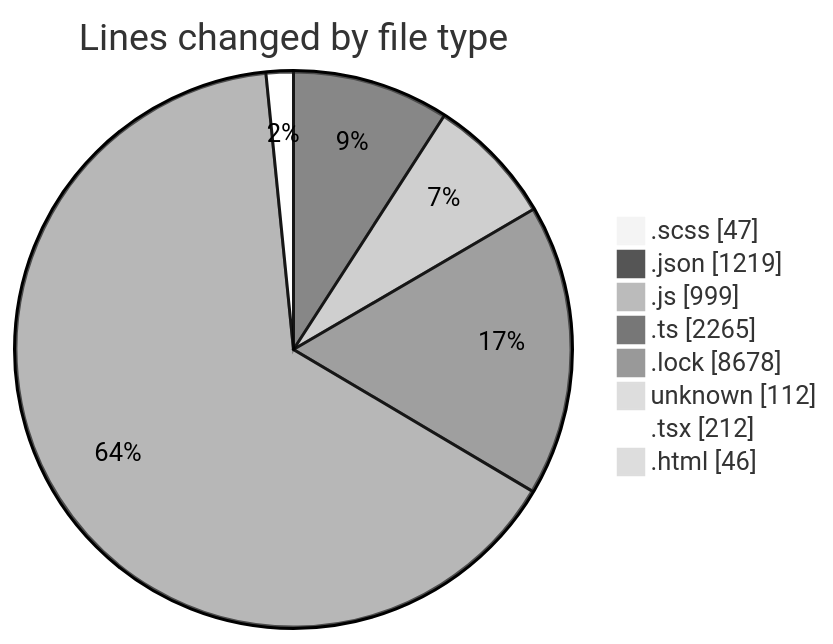
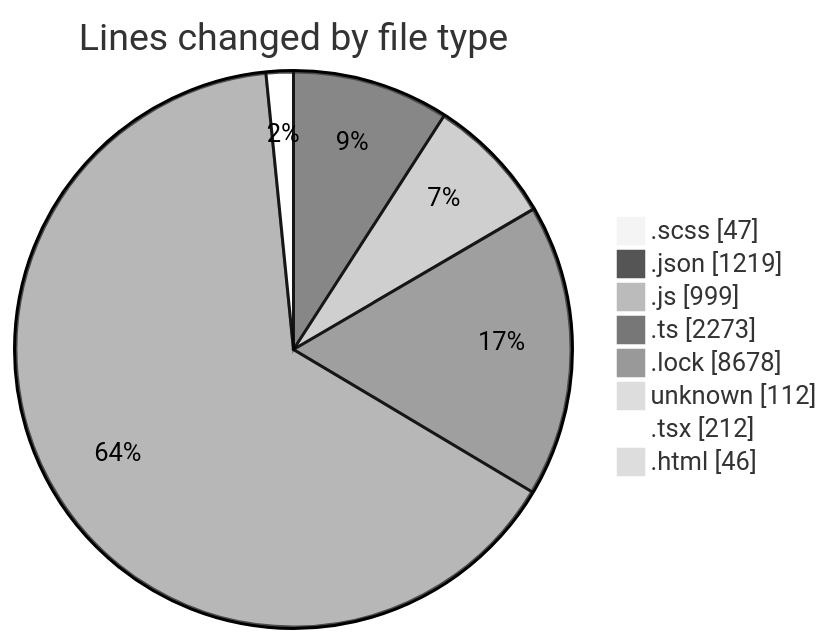
One commit to momahboobian/code-tracking changed the first of 2 diagrams in 2026-04-21/cda/README.md. Above: the diagram before and after it, drawn with Mermaid (neutral theme). The commit also changed other lines of this file and 1 other file, not shown here.

````diff
--- a/2026-04-21/cda/README.md
+++ b/2026-04-21/cda/README.md
@@ -53,12 +53,12 @@
 ```mermaid
 pie showData
 title Lines changed by file type
 ".scss" : 47
 ".json" : 1219
 ".js" : 999
-".ts" : 2265
+".ts" : 2273
 ".lock" : 8678
 "unknown" : 112
 ".tsx" : 212
 ".html" : 46
 ```
````
